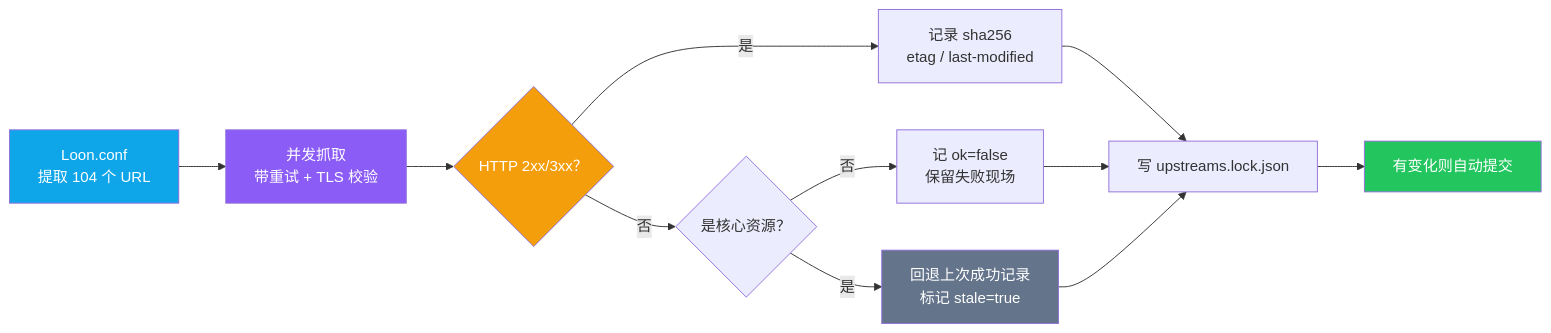
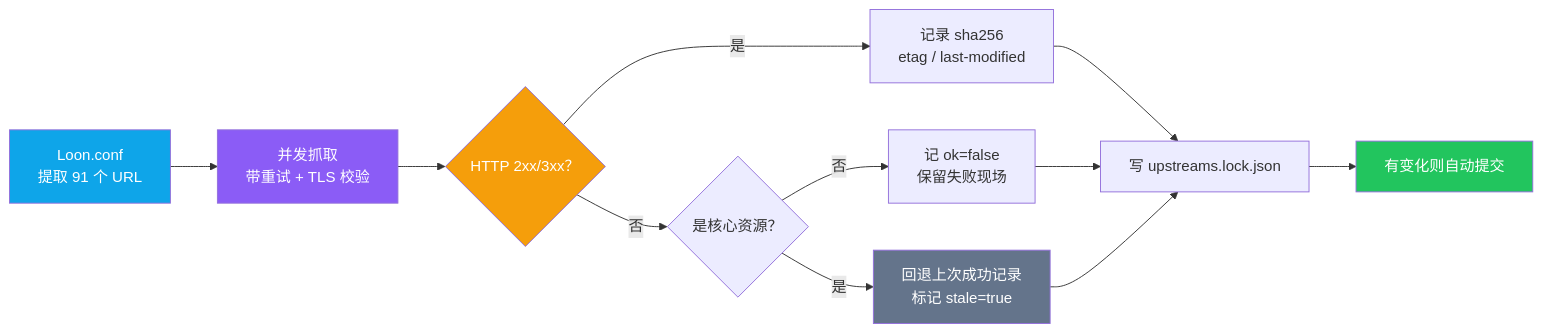
Before and after one commit to abobb414/loon-config: the second of 2 diagrams in README.md, drawn with Mermaid. The commit also changed other lines of this file and 5 other files, not shown here.

````diff
--- a/README.md
+++ b/README.md
@@ -157,19 +160,19 @@
 ```mermaid
 flowchart LR
-    A["Loon.conf<br/>提取 104 个 URL"] --> B["并发抓取<br/>带重试 + TLS 校验"]
+    A["Loon.conf<br/>提取 91 个 URL"] --> B["并发抓取<br/>带重试 + TLS 校验"]
     B --> C{"HTTP 2xx/3xx？"}
     C -->|"是"| D["记录 sha256<br/>etag / last-modified"]
     C -->|"否"| E{"是核心资源？"}
     E -->|"否"| F["记 ok=false<br/>保留失败现场"]
     E -->|"是"| G["回退上次成功记录<br/>标记 stale=true"]
     D --> H["写 upstreams.lock.json"]
     F --> H
     G --> H
     H --> I["有变化则自动提交"]
 
     style A fill:#0ea5e9,color:#fff
     style B fill:#8b5cf6,color:#fff
     style C fill:#f59e0b,color:#fff
     style G fill:#64748b,color:#fff
     style I fill:#22c55e,color:#fff
 ```
````
